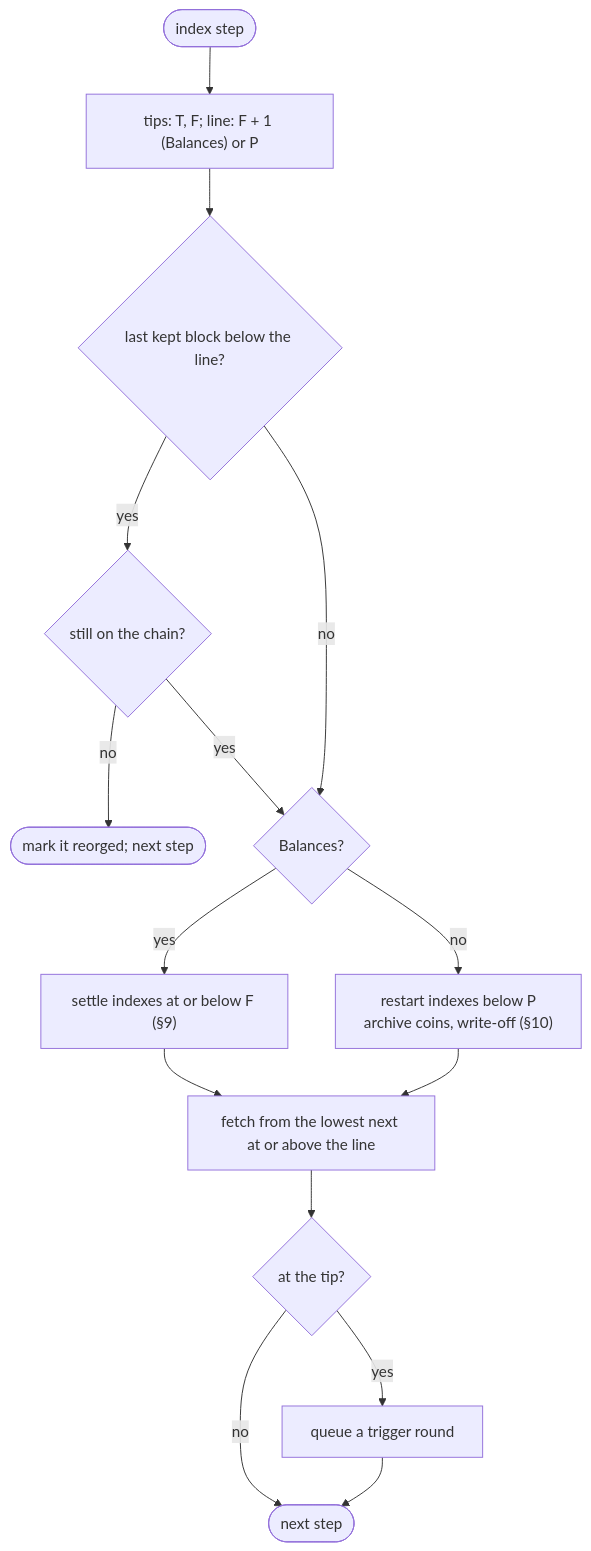
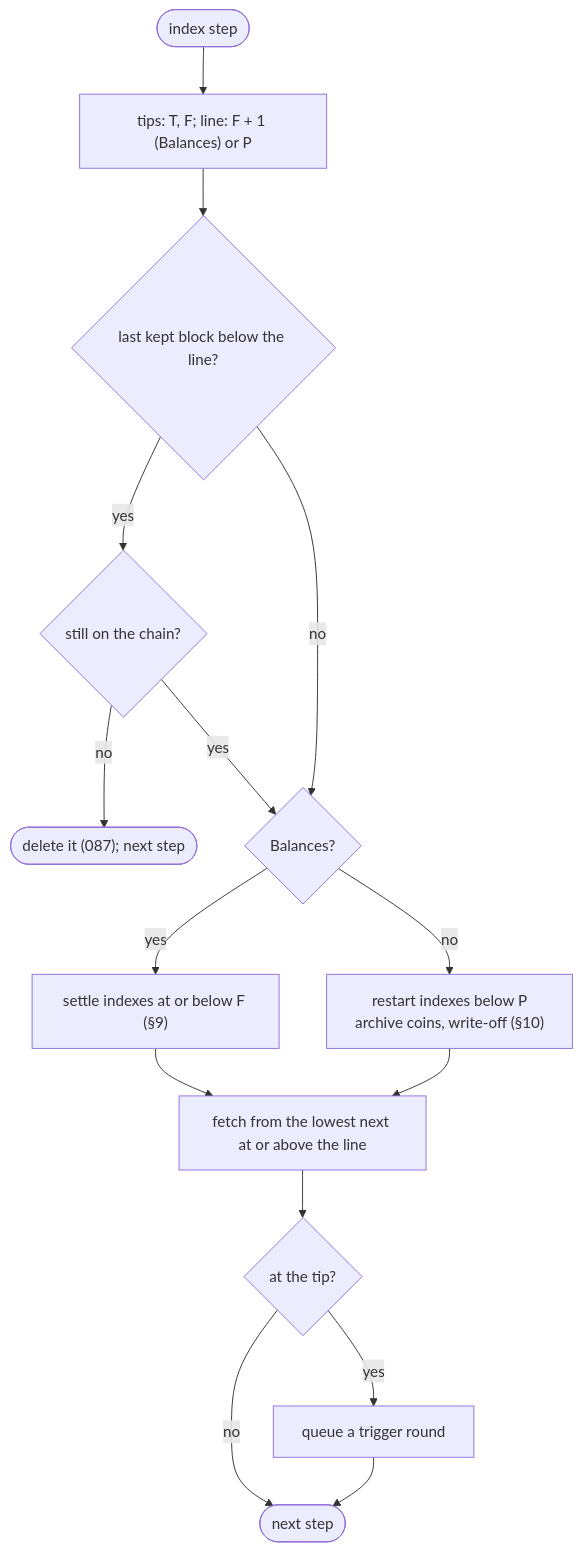
One commit to hashinbox/hashinbox changed the first of 2 diagrams in docs/design/083-history.md. Above: the diagram before and after it, drawn with Mermaid. The commit also changed other lines of this file and 93 other files, not shown here.

````diff
--- a/docs/design/083-history.md
+++ b/docs/design/083-history.md
@@ -230,17 +231,17 @@
 ```mermaid
 flowchart TD
     start(["index step"]) --> tips["tips: T, F; line: F + 1 (Balances) or P"]
     tips --> below{"last kept block below the line?"}
     below -- "yes" --> check{"still on the chain?"}
-    check -- "no" --> reorg(["mark it reorged; next step"])
+    check -- "no" --> reorg(["delete it (087); next step"])
     check -- "yes" --> kind
     below -- "no" --> kind{"Balances?"}
     kind -- "yes" --> settle["settle indexes at or below F (§9)"]
     kind -- "no" --> jump["restart indexes below P<br/>archive coins, write-off (§10)"]
     settle --> fetch["fetch from the lowest next at or above the line"]
     jump --> fetch
     fetch --> tip{"at the tip?"}
     tip -- "yes" --> trig["queue a trigger round"]
     tip -- "no" --> done(["next step"])
     trig --> done
 ```
````
